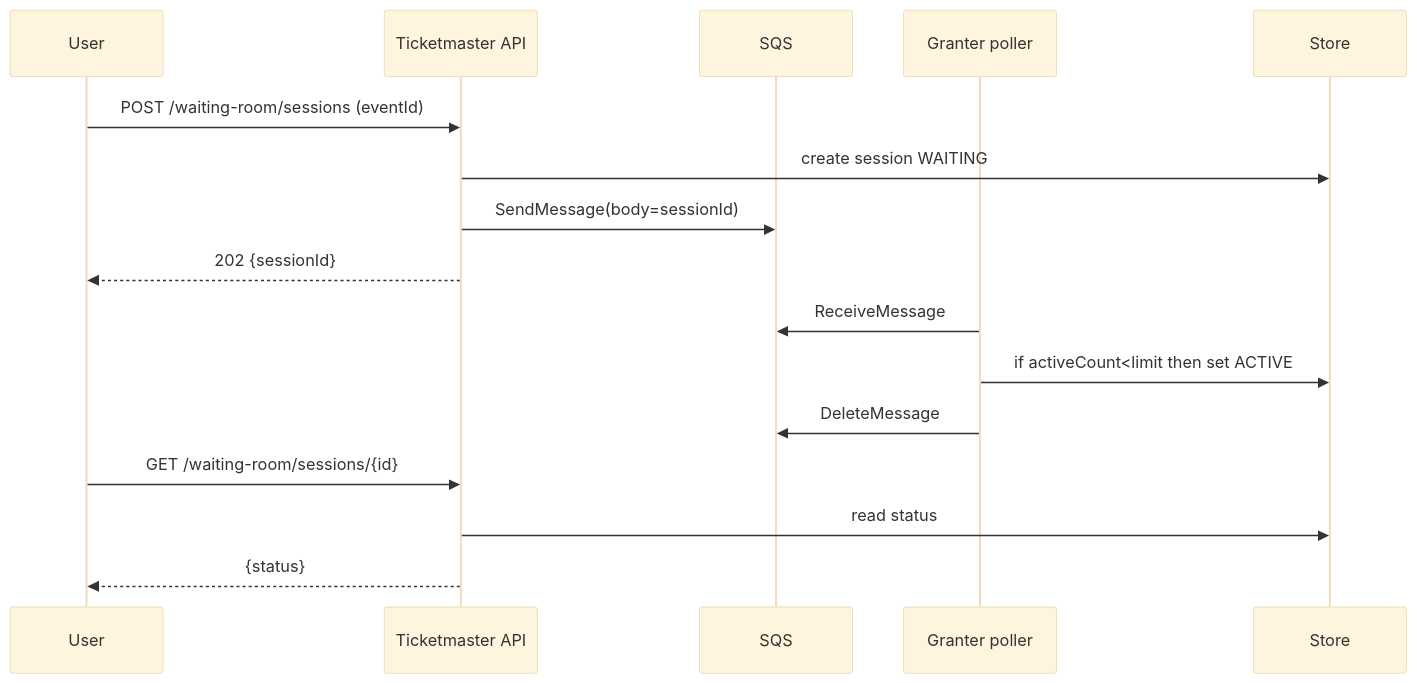
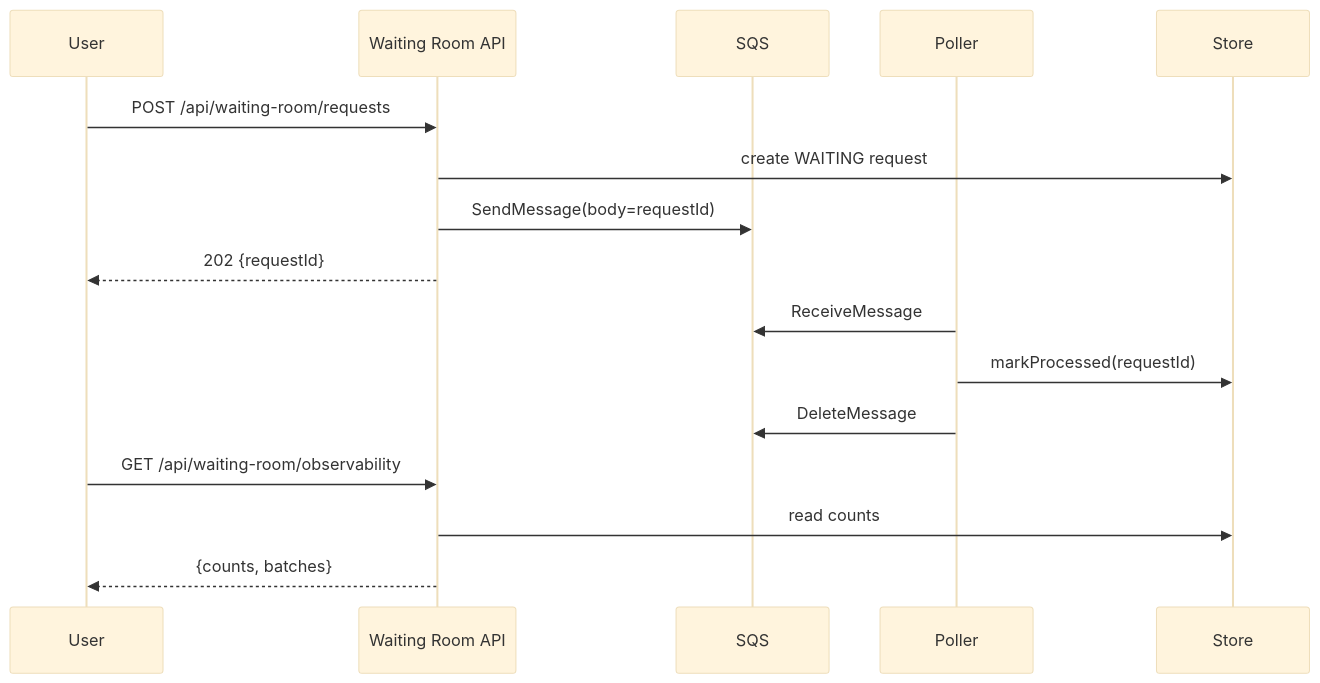
Before and after one commit to ShalomDeitch1/examples: the second of 2 diagrams in ticketmaster/tech-waiting-room/sqs/README.md, drawn with Mermaid (base theme). The commit also changed other lines of this file and 5 other files, not shown here.

````diff
--- a/ticketmaster/tech-waiting-room/sqs/README.md
+++ b/ticketmaster/tech-waiting-room/sqs/README.md
@@ -34,21 +35,21 @@
 ```mermaid
 sequenceDiagram
   participant U as User
-  participant TM as Ticketmaster API
+  participant TM as Waiting Room API
   participant Q as SQS
-  participant W as Granter poller
+  participant W as Poller
   participant S as Store
 
-  U->>TM: POST /waiting-room/sessions (eventId)
-  TM->>S: create session WAITING
-  TM->>Q: SendMessage(body=sessionId)
-  TM-->>U: 202 {sessionId}
+  U->>TM: POST /api/waiting-room/requests
+  TM->>S: create WAITING request
+  TM->>Q: SendMessage(body=requestId)
+  TM-->>U: 202 {requestId}
 
   W->>Q: ReceiveMessage
-  W->>S: if activeCount<limit then set ACTIVE
+  W->>S: markProcessed(requestId)
   W->>Q: DeleteMessage
 
-  U->>TM: GET /waiting-room/sessions/{id}
-  TM->>S: read status
-  TM-->>U: {status}
+  U->>TM: GET /api/waiting-room/observability
+  TM->>S: read counts
+  TM-->>U: {counts, batches}
 ```
````
